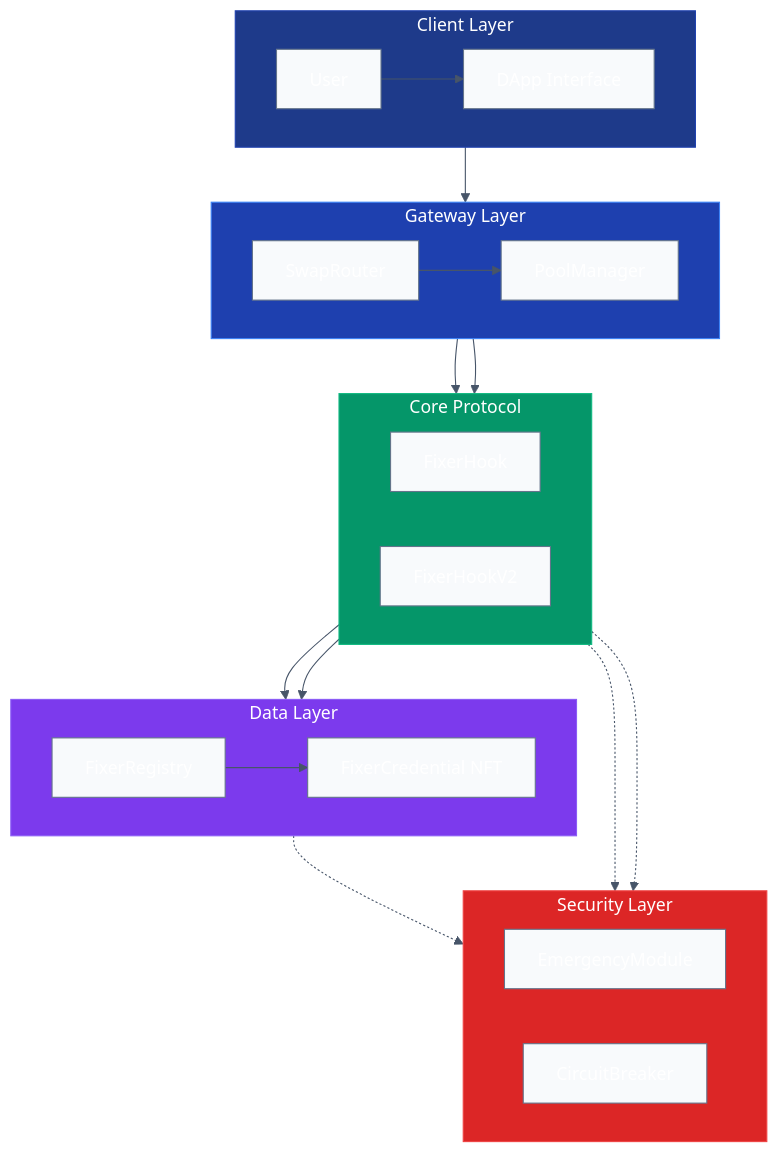
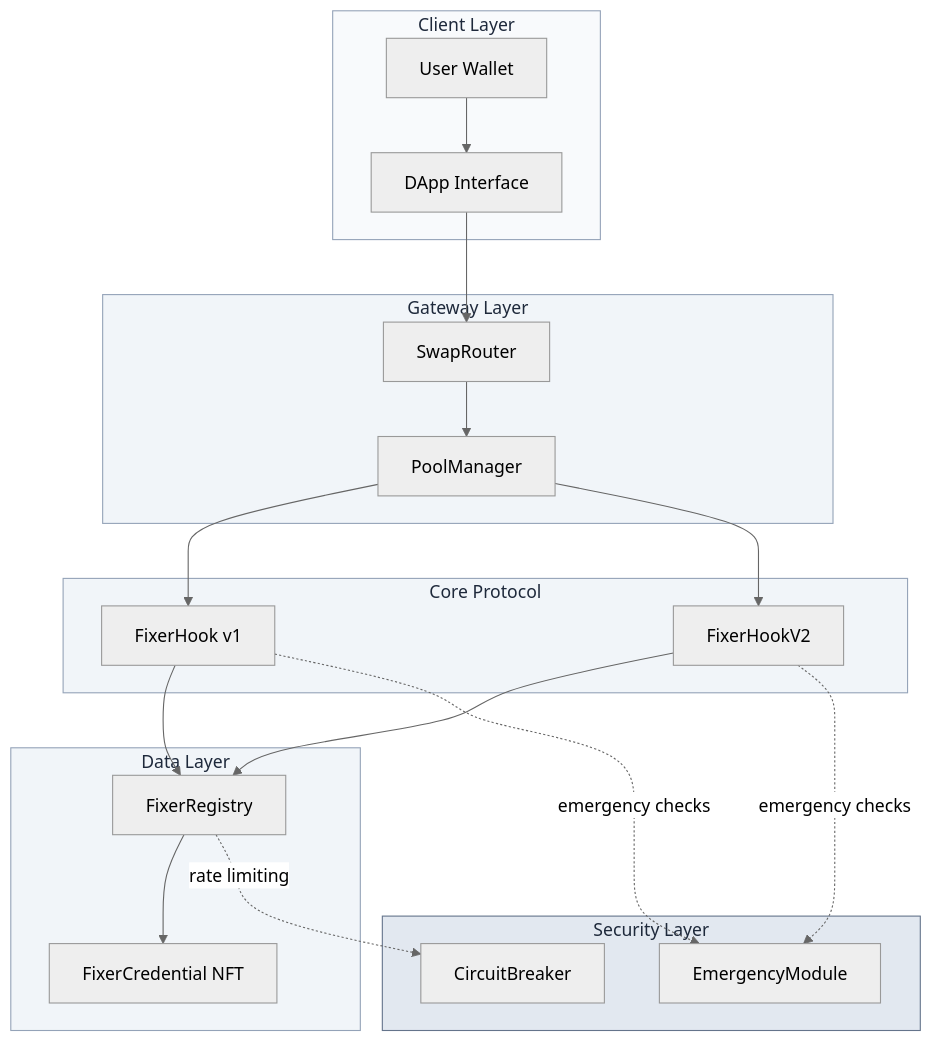
Before and after one commit to guglxni/the-fixer-hook: the diagram in docs/diagrams/ARCH_SYSTEM.mmd, drawn with Mermaid. The commit also changed 51 other files, not shown here.

First line of the commit message:
Redesign all 26 diagrams with professional, monochrome styling

```diff
--- a/docs/diagrams/ARCH_SYSTEM.mmd
+++ b/docs/diagrams/ARCH_SYSTEM.mmd
@@ -1,64 +1,44 @@
-%%{init: {'theme': 'base', 'themeVariables': { 
-  'primaryColor': '#1e3a8a', 
-  'primaryTextColor': '#ffffff', 
-  'primaryBorderColor': '#1e40af', 
-  'lineColor': '#475569', 
-  'secondaryColor': '#e2e8f0', 
-  'tertiaryColor': '#cbd5e1', 
-  'background': '#ffffff',
-  'mainBkg': '#f8fafc',
-  'nodeBorder': '#64748b',
-  'clusterBkg': '#f1f5f9',
-  'clusterBorder': '#94a3b8',
-  'titleColor': '#0f172a',
-  'edgeLabelBackground': '#ffffff',
-  'fontFamily': 'Inter, system-ui, sans-serif'
-}}}%%
+%%{init: {'theme': 'neutral', 'themeVariables': {'fontFamily': 'Inter, system-ui, sans-serif'}}}%%
 flowchart TB
     subgraph CLIENT["Client Layer"]
-      direction LR
-      C1["User"]
-      C2["DApp Interface"]
+        C1["User Wallet"]
+        C2["DApp Interface"]
     end
-    
+
     subgraph GATEWAY["Gateway Layer"]
-      direction LR
-      G1["SwapRouter"]
-      G2["PoolManager"]
+        G1["SwapRouter"]
+        G2["PoolManager"]
     end
-    
+
     subgraph CORE["Core Protocol"]
-      direction LR
-      O1["FixerHook"]
-      O2["FixerHookV2"]
+        H1["FixerHook v1"]
+        H2["FixerHookV2"]
     end
-    
+
     subgraph DATA["Data Layer"]
-      direction LR
-      D1["FixerRegistry"]
-      D2["FixerCredential NFT"]
+        D1["FixerRegistry"]
+        D2["FixerCredential NFT"]
     end
-    
+
     subgraph SECURITY["Security Layer"]
-      direction LR
-      S1["EmergencyModule"]
-      S2["CircuitBreaker"]
+        S1["EmergencyModule"]
+        S2["CircuitBreaker"]
     end
-    
+
     C1 --> C2
     C2 --> G1
     G1 --> G2
-    G2 --> O1
-    G2 --> O2
-    O1 --> D1
-    O2 --> D1
+    G2 --> H1
+    G2 --> H2
+    H1 --> D1
+    H2 --> D1
     D1 --> D2
-    O1 -.-> S1
-    O2 -.-> S1
-    D1 -.-> S2
-    
-    style CLIENT fill:#1e3a8a,color:#fff,stroke:#1e40af
-    style GATEWAY fill:#1e40af,color:#fff,stroke:#3b82f6
-    style CORE fill:#059669,color:#fff,stroke:#10b981
-    style DATA fill:#7c3aed,color:#fff,stroke:#8b5cf6
-    style SECURITY fill:#dc2626,color:#fff,stroke:#ef4444
+    H1 -.->|emergency checks| S1
+    H2 -.->|emergency checks| S1
+    D1 -.->|rate limiting| S2
+
+    style CLIENT fill:#f8fafc,stroke:#94a3b8,color:#1e293b
+    style GATEWAY fill:#f1f5f9,stroke:#94a3b8,color:#1e293b
+    style CORE fill:#f1f5f9,stroke:#94a3b8,color:#1e293b
+    style DATA fill:#f1f5f9,stroke:#94a3b8,color:#1e293b
+    style SECURITY fill:#e2e8f0,stroke:#64748b,color:#1e293b
```
